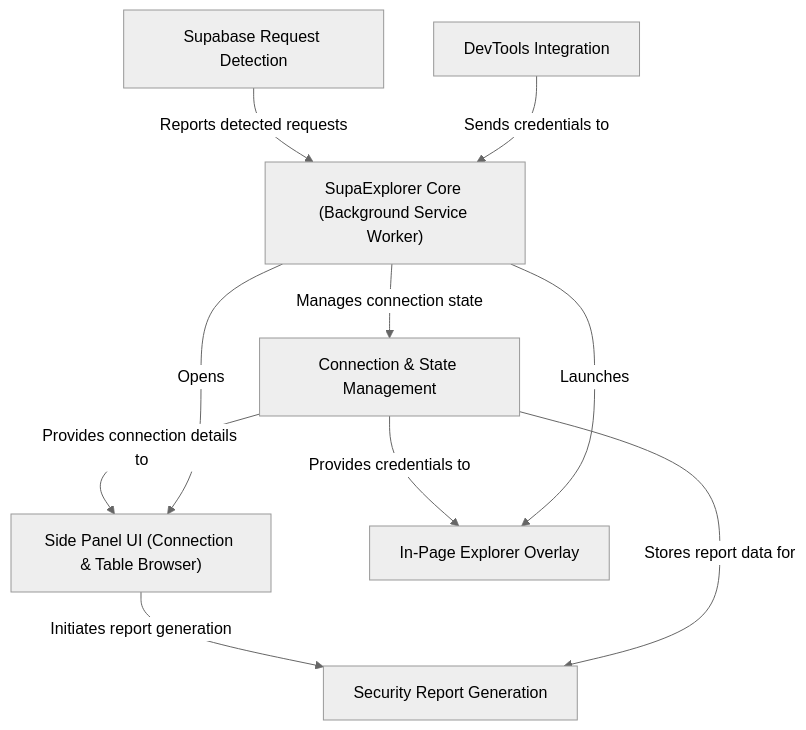
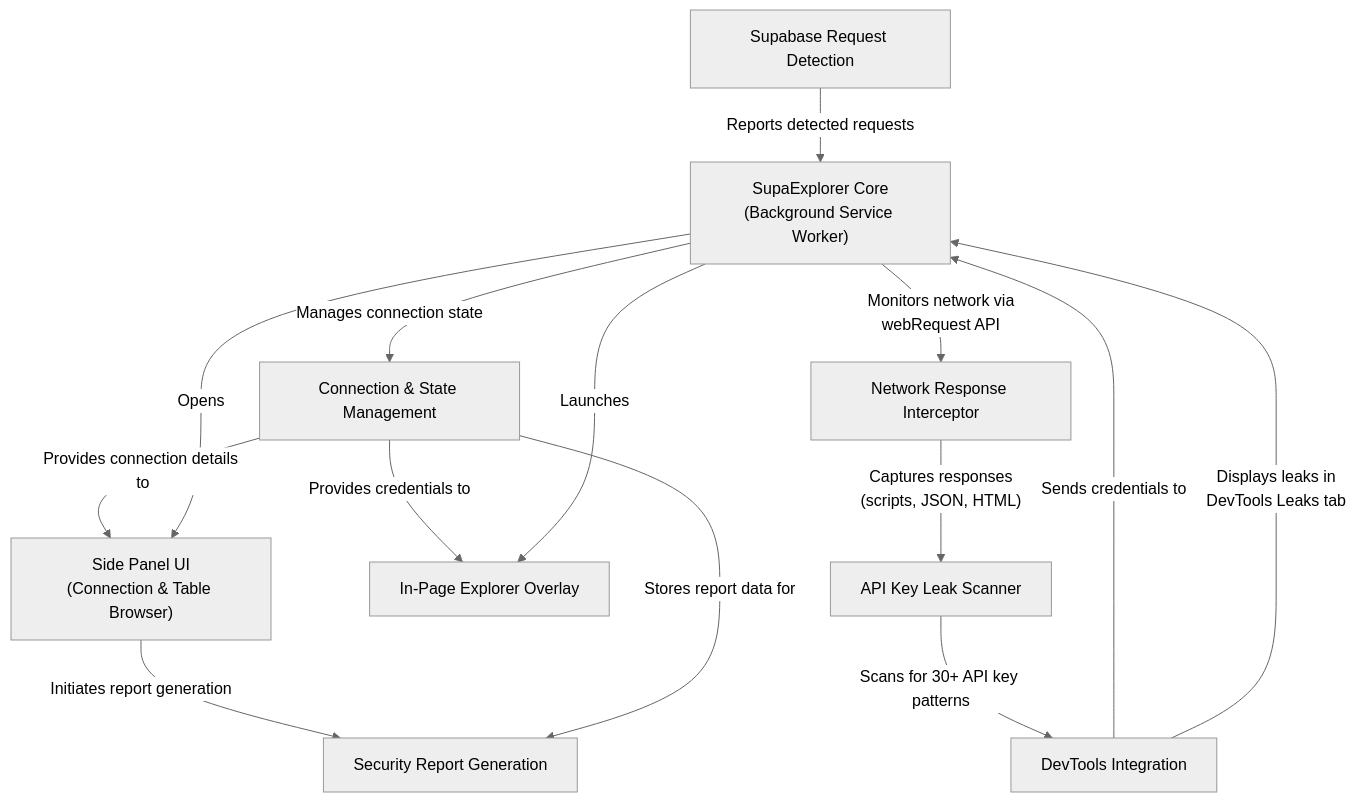
The diagram in README.md (ToritoIO/SupaExplorer), drawn with Mermaid (neutral theme) before and after one commit.

Commit message:
Update README to enhance architecture diagram with improved descriptions and add new components for API key leak scanning and network response interception.

````diff
--- a/README.md
+++ b/README.md
@@ -8,26 +8,27 @@
 ```mermaid
 flowchart TD
-    A0["SupaExplorer Core (Background Service Worker)
-"]
-    A1["Supabase Request Detection
-"]
-    A2["Connection & State Management
-"]
-    A3["Side Panel UI (Connection & Table Browser)
-"]
-    A4["In-Page Explorer Overlay
-"]
-    A5["DevTools Integration
-"]
-    A6["Security Report Generation
-"]
+    A0["SupaExplorer Core<br/>(Background Service Worker)"]
+    A1["Supabase Request Detection"]
+    A2["Connection & State Management"]
+    A3["Side Panel UI<br/>(Connection & Table Browser)"]
+    A4["In-Page Explorer Overlay"]
+    A5["DevTools Integration"]
+    A6["Security Report Generation"]
+    A7["API Key Leak Scanner"]
+    A8["Network Response Interceptor"]
+    
     A1 -- "Reports detected requests" --> A0
     A0 -- "Manages connection state" --> A2
     A5 -- "Sends credentials to" --> A0
     A2 -- "Provides connection details to" --> A3
     A2 -- "Provides credentials to" --> A4
     A3 -- "Initiates report generation" --> A6
     A0 -- "Launches" --> A4
     A0 -- "Opens" --> A3
     A2 -- "Stores report data for" --> A6
+    
+    A8 -- "Captures responses<br/>(scripts, JSON, HTML)" --> A7
+    A7 -- "Scans for 30+ API key patterns" --> A5
+    A5 -- "Displays leaks in<br/>DevTools Leaks tab" --> A0
+    A0 -- "Monitors network via<br/>webRequest API" --> A8
 ```
````
